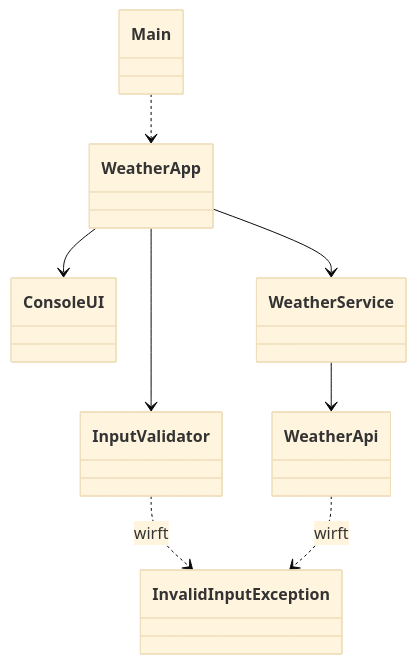
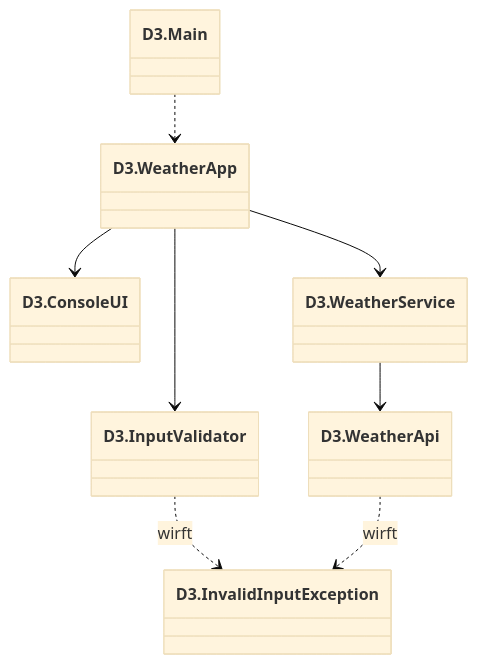
The diagram in README.md (Chime456/M320_OOP), drawn with Mermaid (base theme) before and after one commit. The commit also changed other lines of this file and 10 other files, not shown here.

````diff
--- a/README.md
+++ b/README.md
@@ -35,10 +35,10 @@
 ```mermaid
 classDiagram
-    Main ..> WeatherApp
-    WeatherApp --> ConsoleUI
-    WeatherApp --> InputValidator
-    WeatherApp --> WeatherService
-    WeatherService --> WeatherApi
-    InputValidator ..> InvalidInputException : wirft
-    WeatherApi ..> InvalidInputException : wirft
+    D3.Main ..> D3.WeatherApp
+    D3.WeatherApp --> D3.ConsoleUI
+    D3.WeatherApp --> D3.InputValidator
+    D3.WeatherApp --> D3.WeatherService
+    D3.WeatherService --> D3.WeatherApi
+    D3.InputValidator ..> D3.InvalidInputException : wirft
+    D3.WeatherApi ..> D3.InvalidInputException : wirft
 ```
````
